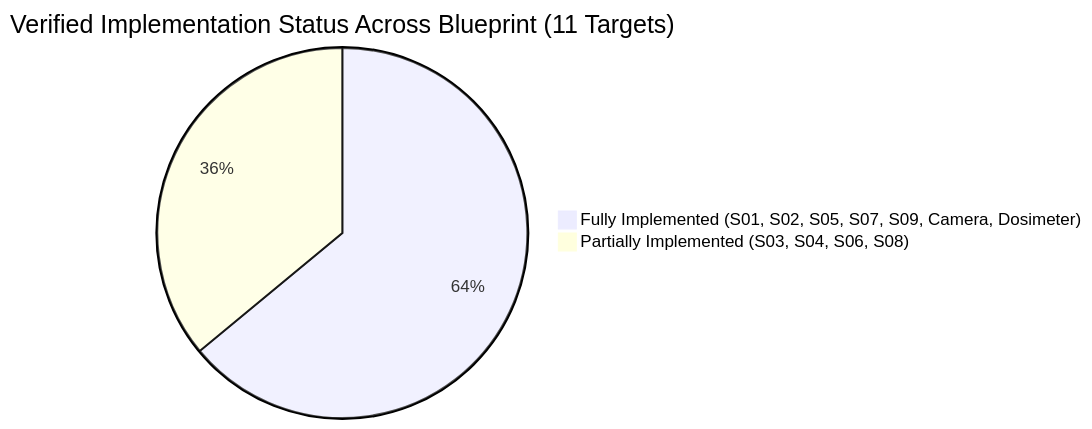
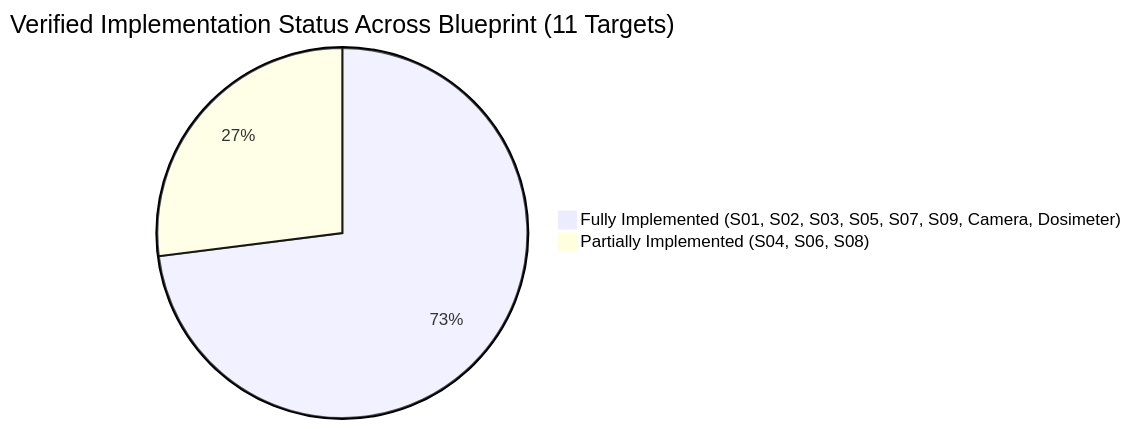
One commit to ShahriarHossainDev/SoundMeterPremium changed the diagram in decibel_x_blueprint_audit.md. Above: the diagram before and after it, drawn with Mermaid. The commit also changed other lines of this file and 3 other files, not shown here.

````diff
--- a/decibel_x_blueprint_audit.md
+++ b/decibel_x_blueprint_audit.md
@@ -139,5 +157,5 @@
 ```mermaid
 pie title Verified Implementation Status Across Blueprint (11 Targets)
-    "Fully Implemented (S01, S02, S05, S07, S09, Camera, Dosimeter)" : 64
-    "Partially Implemented (S03, S04, S06, S08)" : 36
+    "Fully Implemented (S01, S02, S03, S05, S07, S09, Camera, Dosimeter)" : 73
+    "Partially Implemented (S04, S06, S08)" : 27
 ```
````
